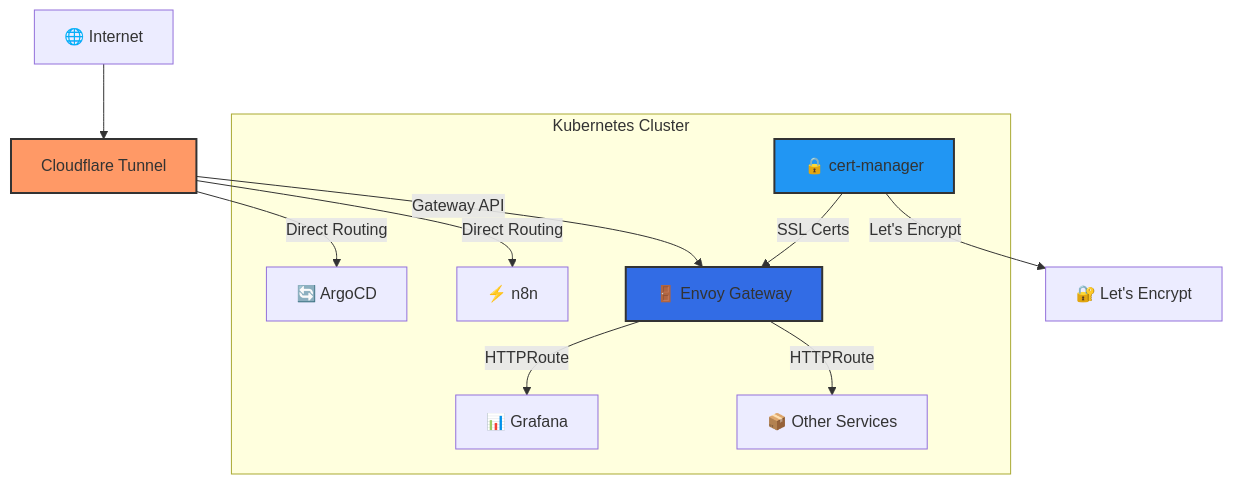
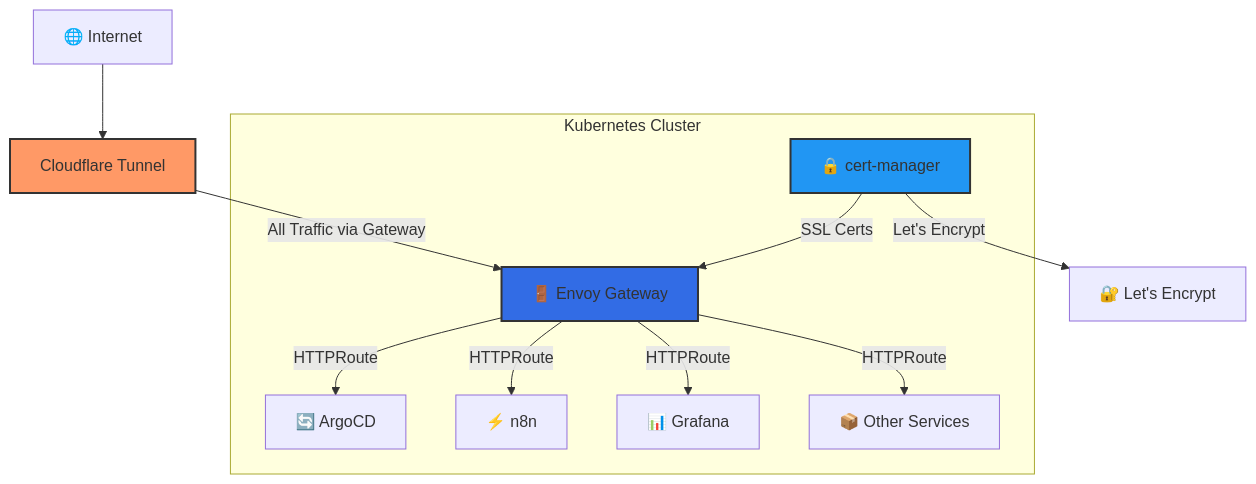
One commit to Tim275/talos-homelab changed the diagram in kubernetes/infrastructure/network/gateway/ENVOY_GATEWAY_SETUP_GUIDE.md. Above: the diagram before and after it, drawn with Mermaid. The commit also changed other lines of this file and 16 other files, not shown here.

Commit message:
fix: follow Vegarn best practice - route all traffic through Gateway with originServerName

````diff
--- a/kubernetes/infrastructure/network/gateway/ENVOY_GATEWAY_SETUP_GUIDE.md
+++ b/kubernetes/infrastructure/network/gateway/ENVOY_GATEWAY_SETUP_GUIDE.md
@@ -21,25 +21,25 @@
 ```mermaid
 graph TB
     Internet[🌐 Internet] --> CF[Cloudflare Tunnel]
-    CF --> |Direct Routing| ArgoCD[🔄 ArgoCD]
-    CF --> |Direct Routing| N8N[⚡ n8n]
-    CF --> |Gateway API| EG[🚪 Envoy Gateway]
+    CF --> |All Traffic via Gateway| EG[🚪 Envoy Gateway]
+    EG --> |HTTPRoute| ArgoCD[🔄 ArgoCD]
+    EG --> |HTTPRoute| N8N[⚡ n8n]
     EG --> |HTTPRoute| Grafana[📊 Grafana]
     EG --> |HTTPRoute| Other[📦 Other Services]
 
     CM[🔒 cert-manager] --> |SSL Certs| EG
     CM --> |Let's Encrypt| LE[🔐 Let's Encrypt]
 
     subgraph "Kubernetes Cluster"
         EG
         ArgoCD
         N8N
         Grafana
         Other
         CM
     end
 
     style CF fill:#f96,stroke:#333,stroke-width:2px
     style EG fill:#326ce5,stroke:#333,stroke-width:2px
     style CM fill:#2196f3,stroke:#333,stroke-width:2px
 ```
````
